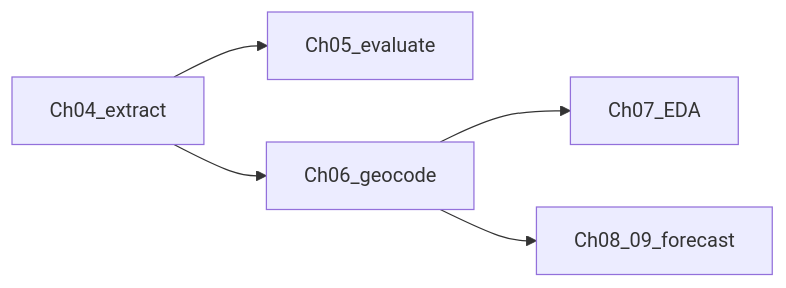
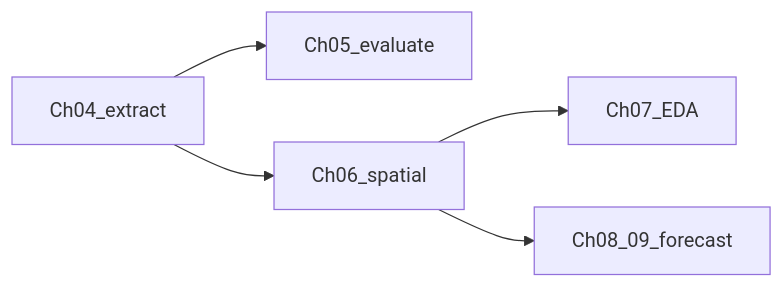
One commit to vandenHoeven/Impact-Based-Drought-Forecasting-in-the-Netherlands-Using-LLM-Extracted-News-Data changed the diagram in README.md. Above: the diagram before and after it, drawn with Mermaid. The commit also changed other lines of this file and 50 other files, not shown here.

````diff
--- a/README.md
+++ b/README.md
@@ -22,7 +22,7 @@
 ```mermaid
 flowchart LR
   ch04[Ch04_extract] --> ch05[Ch05_evaluate]
-  ch04 --> ch06[Ch06_geocode]
+  ch04 --> ch06[Ch06_spatial]
   ch06 --> ch07[Ch07_EDA]
   ch06 --> ch0809[Ch08_09_forecast]
 ```
````
